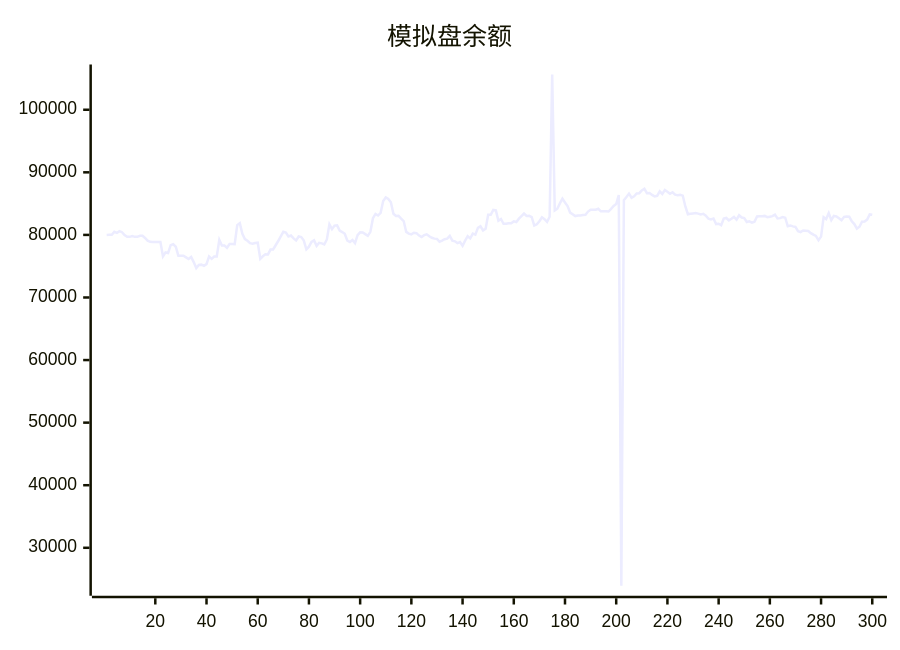
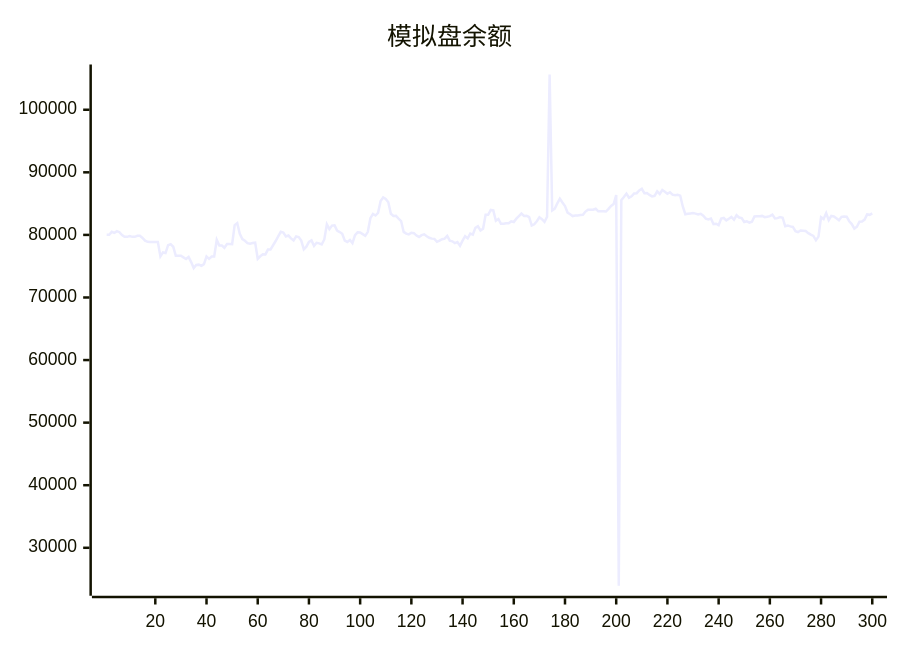
One commit to aahl/ai-trading changed the diagram in README.md. Above: the diagram before and after it, drawn with Mermaid. The commit also changed other lines of this file and 1 other file, not shown here.

````diff
--- a/README.md
+++ b/README.md
@@ -5,5 +5,5 @@
 ```mermaid
 xychart
     title "模拟盘余额"
-    line [79995,80015,80015,80486,80314,80600,80436,79966,79689,79689,79819,79692,79692,79850,79850,79518,79071,78889,78850,78850,78878,78878,76554,77202,77103,78357,78510,78106,76678,76677,76672,76411,76159,76485,75656,74695,75197,75246,75052,75334,76564,76179,76553,76551,79196,78300,78300,77944,78531,78531,78521,81564,81884,80160,79335,79055,78675,78580,78708,78764,76179,76586,76902,76876,77658,77669,78346,79023,79769,80497,80366,79761,79896,79448,79126,79749,79658,79097,77695,78114,78888,79126,78249,78738,78653,78478,79271,81680,80923,81488,81527,80681,80455,80190,79084,78879,79193,78686,79954,80403,80374,80118,79848,80491,82665,83351,83098,83525,85430,85983,85737,85221,83378,83014,83043,82613,82216,80477,80208,80081,80348,80277,79894,79670,79965,80093,79786,79542,79406,79371,78893,79087,79304,79406,79841,79072,78978,78696,78846,78272,79085,79787,79442,80198,80031,81120,81379,80718,80985,83214,83212,83993,83921,82270,82547,81776,81776,81866,81866,82158,82061,82596,83000,83408,83041,83050,82858,81503,81691,82188,82812,82517,82092,82901,105633,83898,84180,85030,85781,85178,84604,83569,83298,83008,83093,83107,83175,83228,83729,84025,84017,84019,84177,83775,83762,83785,83738,84160,84639,84939,86370,23934,85548,86046,86599,85942,86161,86622,86664,87115,87369,86666,86685,86384,86152,86243,86969,86548,87164,86885,86566,86809,86427,86348,86417,86273,84538,83299,83369,83430,83490,83404,83270,83362,83056,82605,82459,82614,81734,81788,81551,82598,82702,82320,82580,82878,82426,83139,82778,82686,82056,82166,81963,82110,82951,82983,82984,83038,82838,82915,82998,83235,82642,82682,82858,82746,81396,81512,81362,81277,80600,80461,80699,80673,80616,80288,80038,79836,79142,79722,82837,82533,83480,82366,83032,82960,82654,82330,82883,82934,82901,82188,81728,81005,81298,82110,82135,82449,83264,83203]
+    line [80015,80015,80486,80314,80600,80436,79966,79689,79689,79819,79692,79692,79850,79850,79518,79071,78889,78850,78850,78878,78878,76554,77202,77103,78357,78510,78106,76678,76677,76672,76411,76159,76485,75656,74695,75197,75246,75052,75334,76564,76179,76553,76551,79196,78300,78300,77944,78531,78531,78521,81564,81884,80160,79335,79055,78675,78580,78708,78764,76179,76586,76902,76876,77658,77669,78346,79023,79769,80497,80366,79761,79896,79448,79126,79749,79658,79097,77695,78114,78888,79126,78249,78738,78653,78478,79271,81680,80923,81488,81527,80681,80455,80190,79084,78879,79193,78686,79954,80403,80374,80118,79848,80491,82665,83351,83098,83525,85430,85983,85737,85221,83378,83014,83043,82613,82216,80477,80208,80081,80348,80277,79894,79670,79965,80093,79786,79542,79406,79371,78893,79087,79304,79406,79841,79072,78978,78696,78846,78272,79085,79787,79442,80198,80031,81120,81379,80718,80985,83214,83212,83993,83921,82270,82547,81776,81776,81866,81866,82158,82061,82596,83000,83408,83041,83050,82858,81503,81691,82188,82812,82517,82092,82901,105633,83898,84180,85030,85781,85178,84604,83569,83298,83008,83093,83107,83175,83228,83729,84025,84017,84019,84177,83775,83762,83785,83738,84160,84639,84939,86370,23934,85548,86046,86599,85942,86161,86622,86664,87115,87369,86666,86685,86384,86152,86243,86969,86548,87164,86885,86566,86809,86427,86348,86417,86273,84538,83299,83369,83430,83490,83404,83270,83362,83056,82605,82459,82614,81734,81788,81551,82598,82702,82320,82580,82878,82426,83139,82778,82686,82056,82166,81963,82110,82951,82983,82984,83038,82838,82915,82998,83235,82642,82682,82858,82746,81396,81512,81362,81277,80600,80461,80699,80673,80616,80288,80038,79836,79142,79722,82837,82533,83480,82366,83032,82960,82654,82330,82883,82934,82901,82188,81728,81005,81298,82110,82135,82449,83264,83203,83440]
 ```
````
